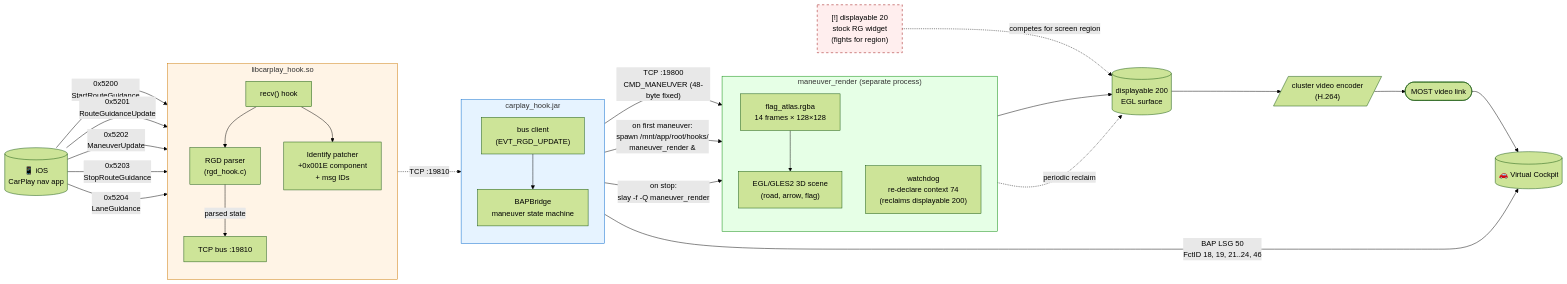
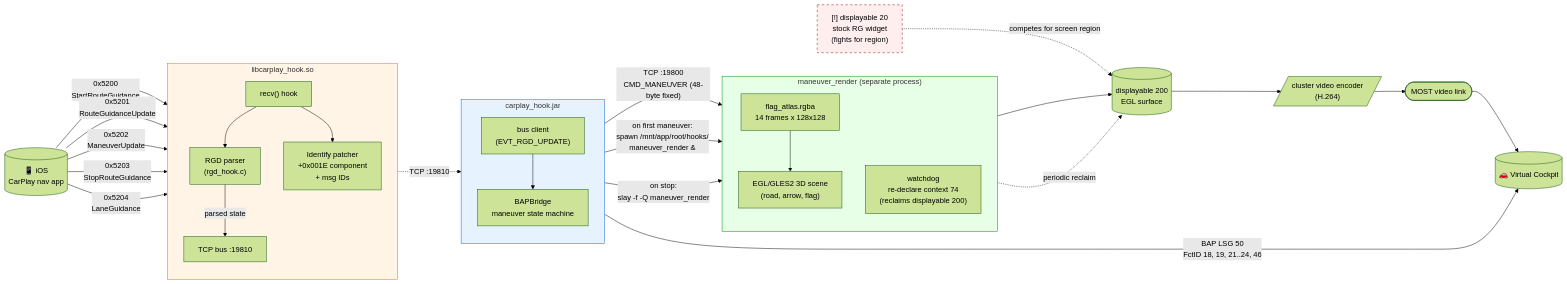
The third of 9 diagrams in README.md (luka-dev/mib2q-carplay-rgi), drawn with Mermaid (forest theme) before and after one commit. The commit also changed other lines of this file and 4 other files, not shown here.

````diff
--- a/README.md
+++ b/README.md
@@ -229,59 +228,59 @@
 ```mermaid
 flowchart LR
     iOS[("📱 iOS<br/>CarPlay nav app")]
 
     subgraph hookbox["libcarplay_hook.so"]
         direction TB
         recv["recv() hook"]
         rgd["RGD parser<br/>(rgd_hook.c)"]
         idpatch["Identify patcher<br/>+0x001E component<br/>+ msg IDs"]
         bus["TCP bus :19810"]
     end
 
     subgraph javabox["carplay_hook.jar"]
         direction TB
         bridge["BAPBridge<br/>maneuver state machine"]
         bus_cli["bus client<br/>(EVT_RGD_UPDATE)"]
     end
 
     subgraph rendbox["maneuver_render (separate process)"]
         direction TB
-        atlas["flag_atlas.rgba<br/>14 frames × 128×128"]
+        atlas["flag_atlas.rgba<br/>14 frames x 128x128"]
         render["EGL/GLES2 3D scene<br/>(road, arrow, flag)"]
         wd["watchdog<br/>re-declare context 74<br/>(reclaims displayable 200)"]
     end
 
     surf[("displayable 200<br/>EGL surface")]
     enc[/"cluster video encoder<br/>(H.264)"/]
     most([MOST video link])
     vc[("🚗 Virtual Cockpit")]
     stock["[!] displayable 20<br/>stock RG widget<br/>(fights for region)"]:::stock
 
     iOS -->|"0x5200<br/>StartRouteGuidance"| recv
     iOS -->|"0x5201<br/>RouteGuidanceUpdate"| recv
     iOS -->|"0x5202<br/>ManeuverUpdate"| recv
     iOS -->|"0x5203<br/>StopRouteGuidance"| recv
     iOS -->|"0x5204<br/>LaneGuidance"| recv
 
     recv --> rgd
     recv --> idpatch
     rgd -->|"parsed state"| bus
     bus -.->|"TCP :19810"| bus_cli
     bus_cli --> bridge
 
     bridge -->|"on first maneuver:<br/>spawn /mnt/app/root/hooks/<br/>maneuver_render &"| rendbox
     bridge -->|"on stop:<br/>slay -f -Q maneuver_render"| rendbox
     bridge -->|"TCP :19800<br/>CMD_MANEUVER (48-byte fixed)"| render
     bridge -->|"BAP LSG 50<br/>FctID 18, 19, 21..24, 46"| vc
 
     atlas --> render
     render --> surf
     surf --> enc --> most --> vc
     wd -. "periodic reclaim" .-> surf
     stock -. "competes for screen region" .-> surf
 
     classDef stock fill:#fee,stroke:#900,stroke-dasharray: 5 5
     style hookbox fill:#fff4e6,stroke:#cc7700
     style javabox fill:#e6f3ff,stroke:#0066cc
     style rendbox fill:#e6ffe6,stroke:#008800
 ```
````
